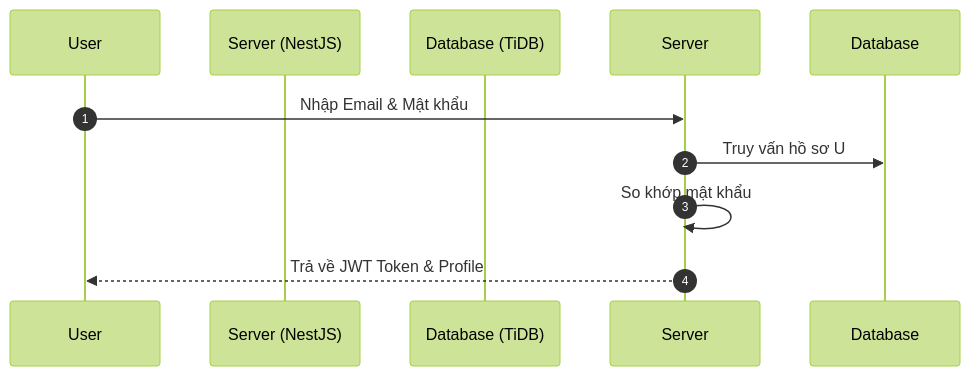
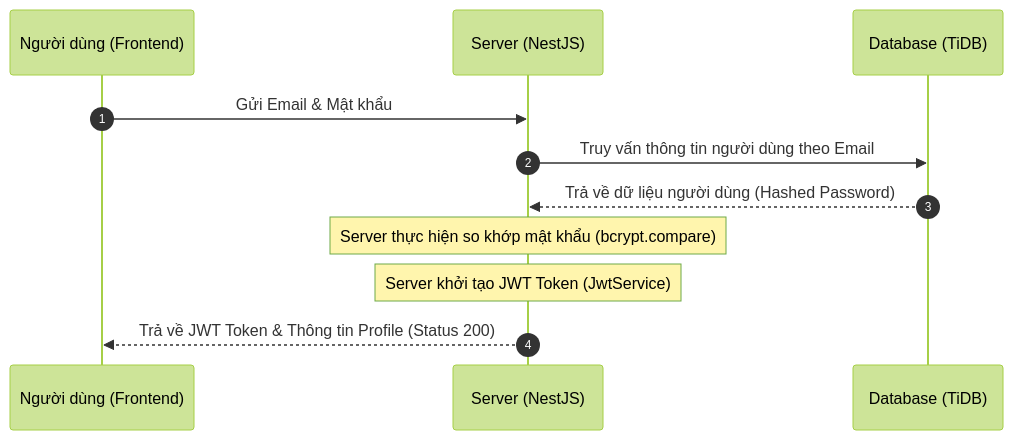
One commit to Loisori/SCI-ITF-Canhan42_TrinhSuTruongThi changed the second of 25 diagrams in doc.md. Above: the diagram before and after it, drawn with Mermaid (forest theme). The commit also changed other lines of this file and 1 other file, not shown here.

````diff
--- a/doc.md
+++ b/doc.md
@@ -1101,12 +1133,16 @@
 ```mermaid
 sequenceDiagram
     autonumber
-    participant U as User
+    participant U as Người dùng (Frontend)
     participant S as Server (NestJS)
     participant D as Database (TiDB)
 
-    U->>Server: Nhập Email & Mật khẩu
-    Server->>Database: Truy vấn hồ sơ U
-    Server->>Server: So khớp mật khẩu
-    Server-->>U: Trả về JWT Token & Profile
+    U->>S: Gửi Email & Mật khẩu
+    S->>D: Truy vấn thông tin người dùng theo Email
+    D-->>S: Trả về dữ liệu người dùng (Hashed Password)
+    
+    Note over S: Server thực hiện so khớp mật khẩu (bcrypt.compare)
+    Note over S: Server khởi tạo JWT Token (JwtService)
+    
+    S-->>U: Trả về JWT Token & Thông tin Profile (Status 200)
 ```
````
